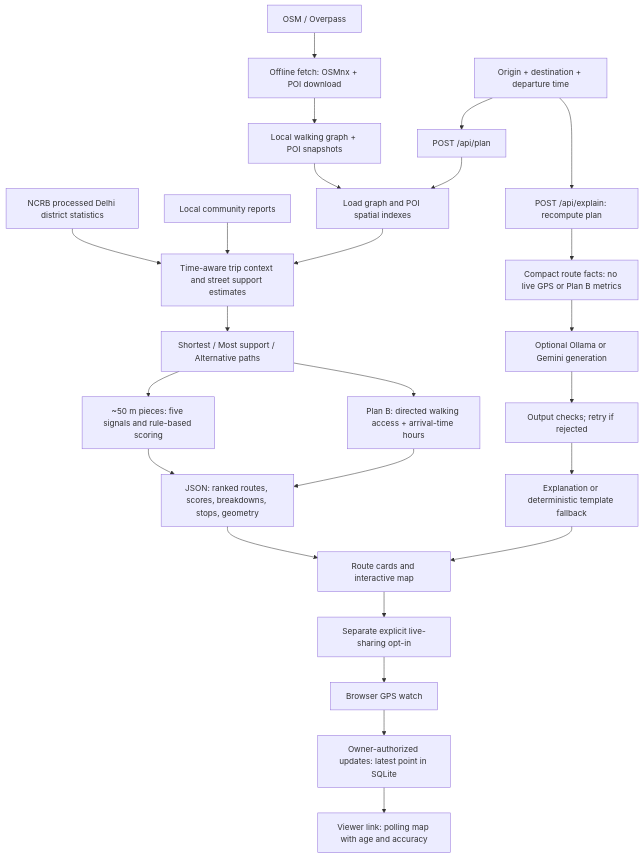
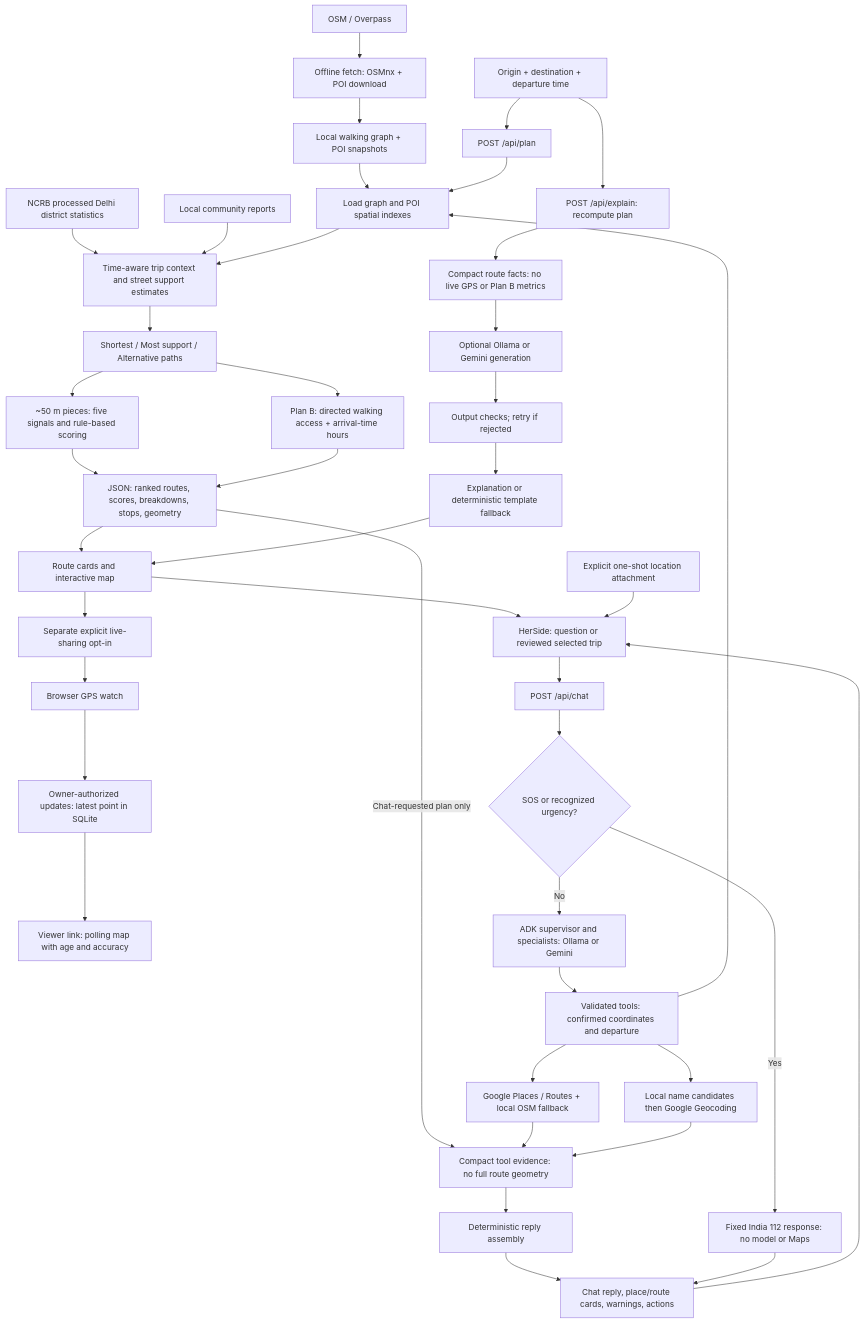
The first of 3 diagrams in docs/CURRENT_PIPELINE.md (yadavithirwani/safeher), drawn with Mermaid before and after one commit. The commit also changed other lines of this file, not shown here.

Commit message:
Document end-to-end HerSide flow and detailed chatbot architecture

````diff
--- a/docs/CURRENT_PIPELINE.md
+++ b/docs/CURRENT_PIPELINE.md
@@ -22,27 +22,44 @@
 ```mermaid
 flowchart TD
     OSM[OSM / Overpass] --> FETCH[Offline fetch: OSMnx + POI download]
     FETCH --> CACHE[Local walking graph + POI snapshots]
     NCRB[NCRB processed Delhi district statistics] --> CONTEXT
     REPORTFILE[Local community reports] --> CONTEXT
     USER[Origin + destination + departure time] --> API[POST /api/plan]
     CACHE --> LOAD[Load graph and POI spatial indexes]
     API --> LOAD
     LOAD --> CONTEXT[Time-aware trip context and street support estimates]
     CONTEXT --> PATHS[Shortest / Most support / Alternative paths]
     PATHS --> SCORE[~50 m pieces: five signals and rule-based scoring]
     PATHS --> PLANB[Plan B: directed walking access + arrival-time hours]
     SCORE --> RESULT[JSON: ranked routes, scores, breakdowns, stops, geometry]
     PLANB --> RESULT
     RESULT --> UI[Route cards and interactive map]
     USER --> EXPLAIN[POST /api/explain: recompute plan]
     EXPLAIN --> FACTS[Compact route facts: no live GPS or Plan B metrics]
     FACTS --> LLM[Optional Ollama or Gemini generation]
     LLM --> CHECK[Output checks; retry if rejected]
     CHECK --> TEXT[Explanation or deterministic template fallback]
     TEXT --> UI
     UI --> OPTIN[Separate explicit live-sharing opt-in]
     OPTIN --> GPS[Browser GPS watch]
     GPS --> TRIPS[Owner-authorized updates: latest point in SQLite]
     TRIPS --> VIEW[Viewer link: polling map with age and accuracy]
+    UI --> CHAT[HerSide: question or reviewed selected trip]
+    ONCE[Explicit one-shot location attachment] --> CHAT
+    CHAT --> CHATAPI[POST /api/chat]
+    CHATAPI --> GUARD{SOS or recognized urgency?}
+    GUARD -->|Yes| EMERGENCY[Fixed India 112 response: no model or Maps]
+    GUARD -->|No| AGENTS[ADK supervisor and specialists: Ollama or Gemini]
+    AGENTS --> TOOLS[Validated tools: confirmed coordinates and departure]
+    TOOLS --> HYBRID[Google Places / Routes + local OSM fallback]
+    TOOLS --> RESOLVE[Local name candidates then Google Geocoding]
+    TOOLS --> LOAD
+    RESULT -->|Chat-requested plan only| EVIDENCE[Compact tool evidence: no full route geometry]
+    HYBRID --> EVIDENCE
+    RESOLVE --> EVIDENCE
+    EVIDENCE --> RENDER[Deterministic reply assembly]
+    RENDER --> CARDS[Chat reply, place/route cards, warnings, actions]
+    EMERGENCY --> CARDS
+    CARDS --> CHAT
 ```
````
